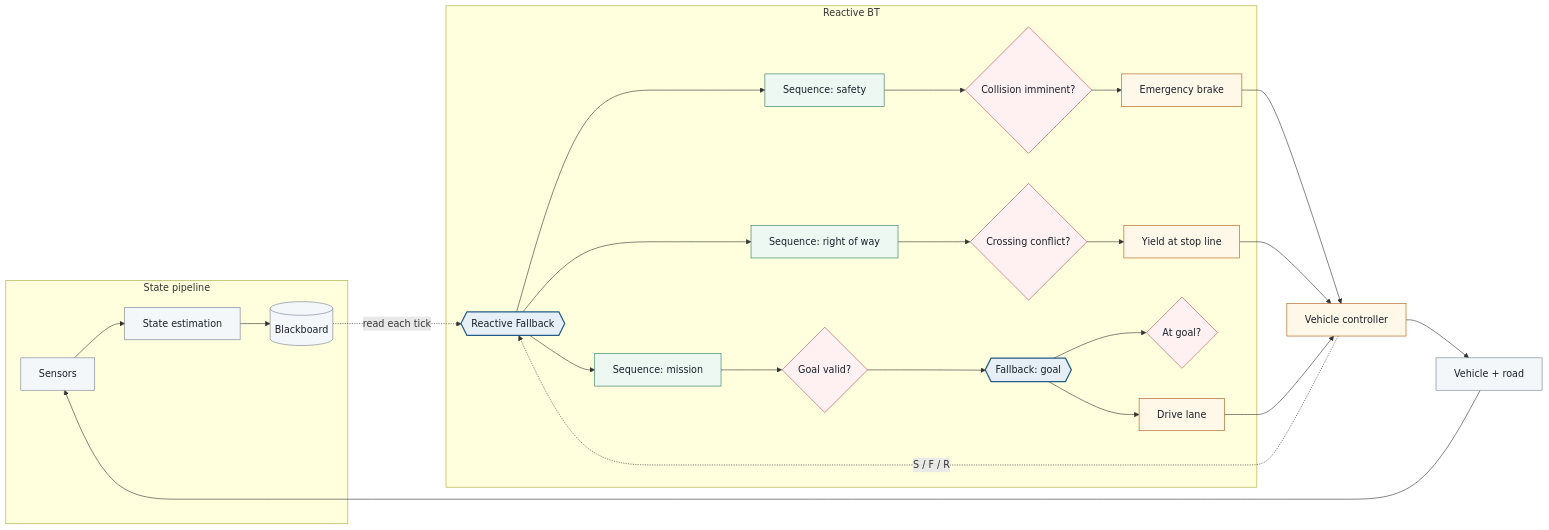
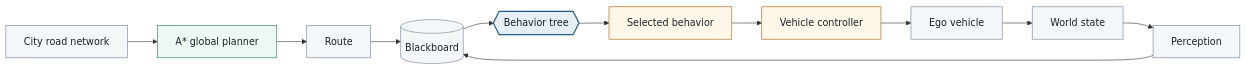
The first of 3 diagrams in topics/behavior-tree-foundations.md (nobel-ai-tests/behavior-trees-autonomy), drawn with Mermaid before and after one commit. The commit also changed other lines of this file, not shown here.

Commit message:
Upgrade foundations to deep city navigation scenario

````diff
--- a/topics/behavior-tree-foundations.md
+++ b/topics/behavior-tree-foundations.md
@@ -22,44 +22,25 @@
 ```mermaid
 flowchart LR
-  subgraph S["State pipeline"]
-    SEN["Sensors"] --> EST["State estimation"]
-    EST --> BB[("Blackboard")]
-  end
+  MAP["City road network"] --> PLAN["A* global planner"]
+  PLAN --> ROUTE["Route"]
+  ROUTE --> BB[("Blackboard")]
 
-  subgraph B["Reactive BT"]
-    ROOT{{"Reactive Fallback"}}
-    ROOT --> SAFE["Sequence: safety"]
-    SAFE --> RISK{"Collision imminent?"}
-    RISK --> EB["Emergency brake"]
+  WORLD["World state"] --> PER["Perception"]
+  PER --> BB
 
-    ROOT --> YIELD["Sequence: right of way"]
-    YIELD --> CONFLICT{"Crossing conflict?"}
-    CONFLICT --> STOP["Yield at stop line"]
-
-    ROOT --> MISSION["Sequence: mission"]
-    MISSION --> VALID{"Goal valid?"}
-    VALID --> EXEC{{"Fallback: goal"}}
-    EXEC --> GOAL{"At goal?"}
-    EXEC --> DRIVE["Drive lane"]
-  end
-
-  BB -. "read each tick" .-> ROOT
-  EB --> ACT["Vehicle controller"]
-  STOP --> ACT
-  DRIVE --> ACT
-  ACT --> VEH["Vehicle + road"]
-  VEH --> SEN
-  ACT -. "S / F / R" .-> ROOT
+  BB --> ROOT{{"Behavior tree"}}
+  ROOT --> ACT["Selected behavior"]
+  ACT --> CTRL["Vehicle controller"]
+  CTRL --> EGO["Ego vehicle"]
+  EGO --> WORLD
 
   classDef control fill:#e7eff6,stroke:#245b88,color:#17202a,stroke-width:2px;
-  classDef sequence fill:#eef8f3,stroke:#28775f,color:#17202a;
-  classDef condition fill:#fff0f1,stroke:#b84d5d,color:#17202a;
   classDef action fill:#fff7e8,stroke:#a95a13,color:#17202a;
   classDef data fill:#f4f7fa,stroke:#718096,color:#17202a;
+  classDef plan fill:#eef8f3,stroke:#28775f,color:#17202a;
 
-  class ROOT,EXEC control;
-  class SAFE,YIELD,MISSION sequence;
-  class RISK,CONFLICT,VALID,GOAL condition;
-  class EB,STOP,DRIVE,ACT action;
-  class SEN,EST,BB,VEH data;
+  class ROOT control;
+  class ACT,CTRL action;
+  class MAP,ROUTE,WORLD,PER,BB,EGO data;
+  class PLAN plan;
 ```
````
